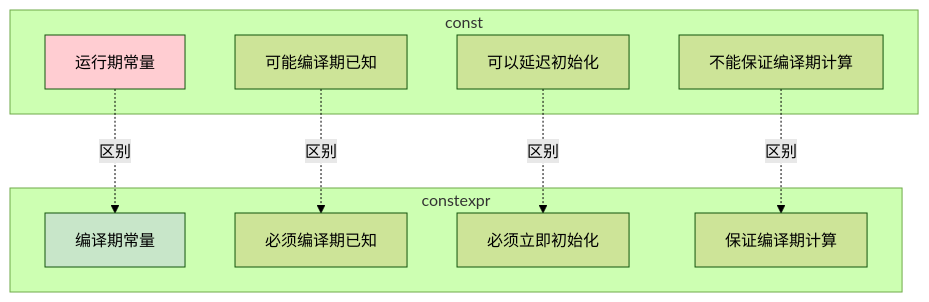
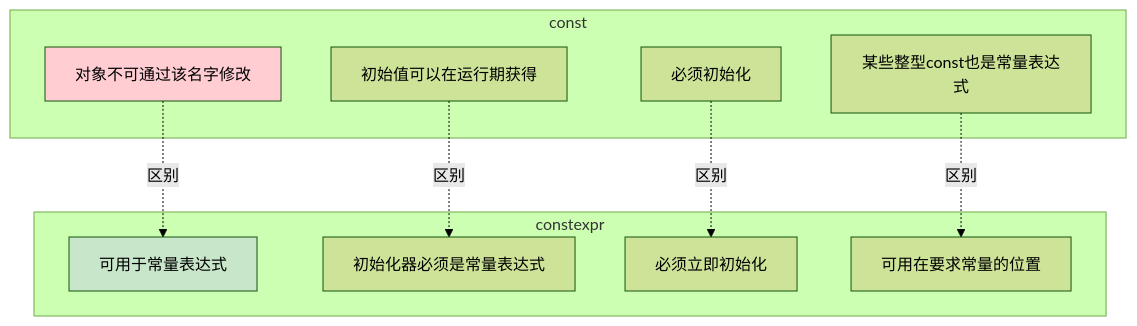
Before and after one commit to mlbo/cpp_learning: the third of 8 diagrams in week_01/day_05/README.md, drawn with Mermaid (forest theme). The commit also changed other lines of this file and 675 other files, not shown here.

````diff
--- a/week_01/day_05/README.md
+++ b/week_01/day_05/README.md
@@ -181,24 +211,24 @@
 ```mermaid
 graph TB
     subgraph "const"
-        A1[运行期常量]
-        A2[可能编译期已知]
-        A3[可以延迟初始化]
-        A4[不能保证编译期计算]
+        A1[对象不可通过该名字修改]
+        A2[初始值可以在运行期获得]
+        A3[必须初始化]
+        A4[某些整型const也是常量表达式]
     end
     
     subgraph "constexpr"
-        B1[编译期常量]
-        B2[必须编译期已知]
+        B1[可用于常量表达式]
+        B2[初始化器必须是常量表达式]
         B3[必须立即初始化]
-        B4[保证编译期计算]
+        B4[可用在要求常量的位置]
     end
     
     A1 -.->|区别| B1
     A2 -.->|区别| B2
     A3 -.->|区别| B3
     A4 -.->|区别| B4
     
     style A1 fill:#ffcdd2
     style B1 fill:#c8e6c9
 ```
````
